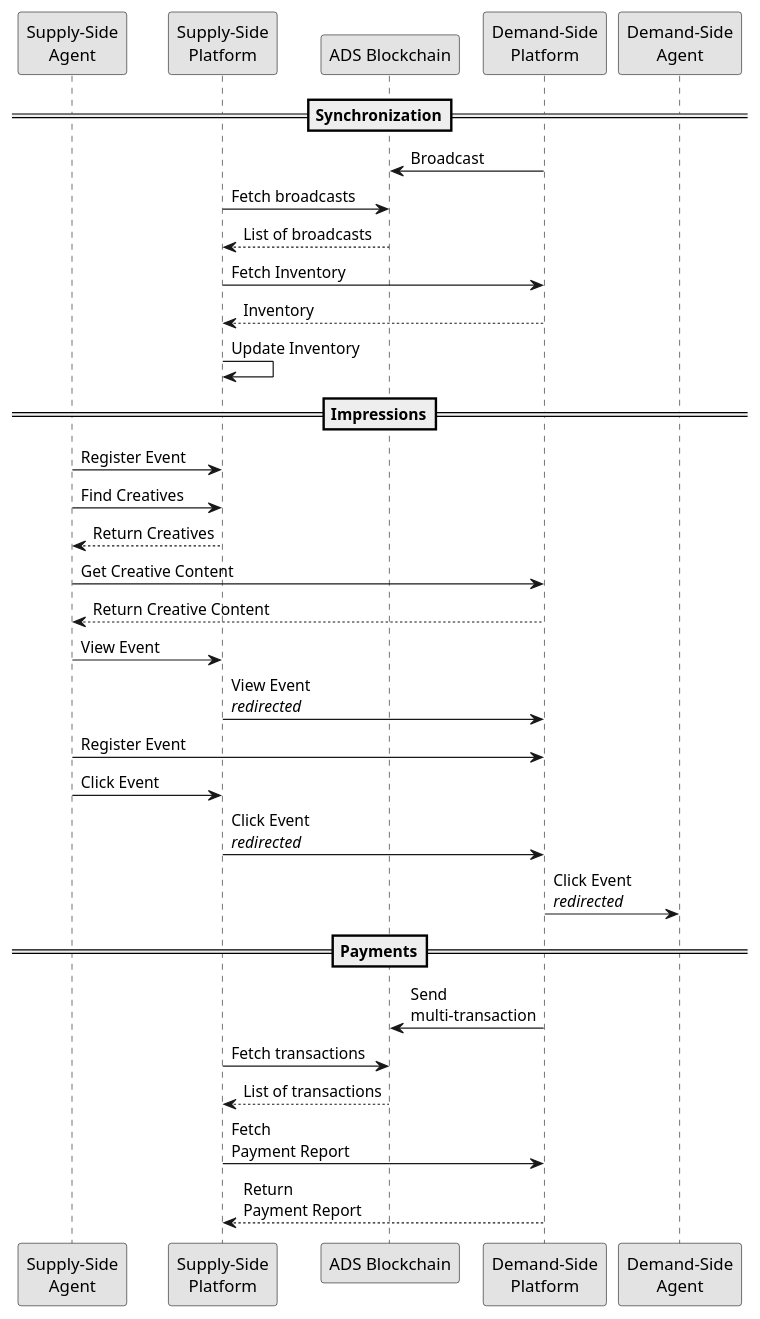
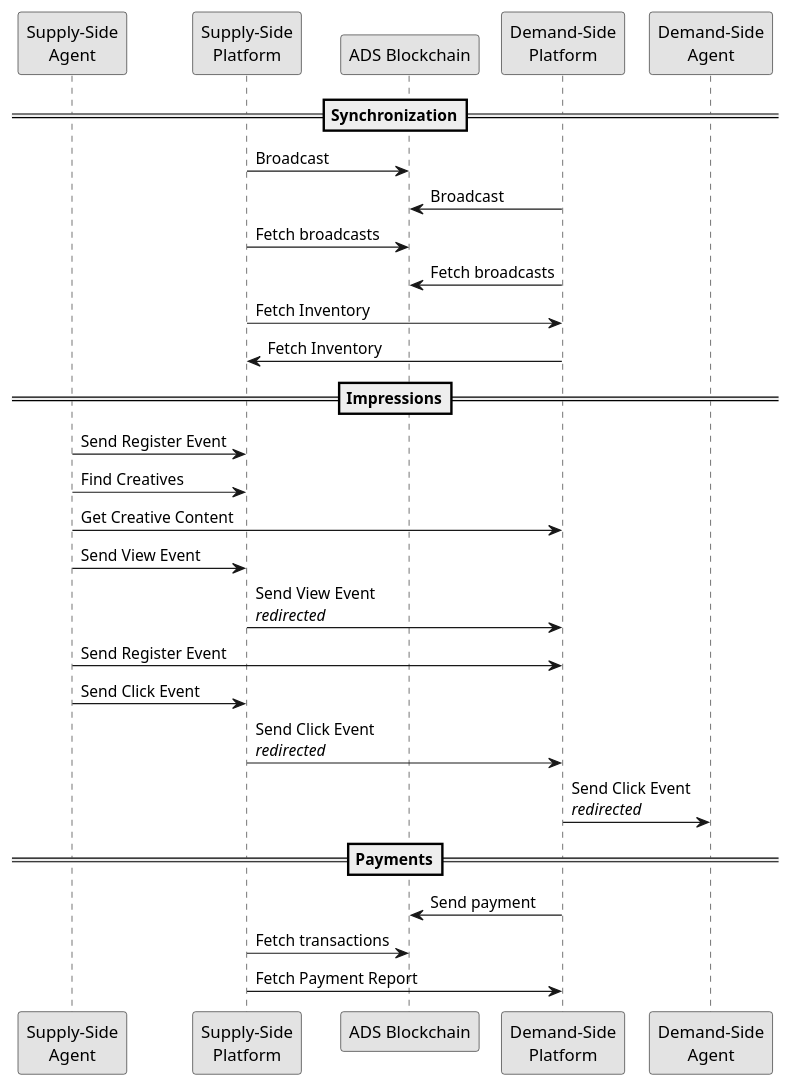
The diagram in protocol/index.rst (adshares/adshares-docs), drawn with PlantUML before and after one commit. The commit also changed other lines of this file and 26 other files, not shown here.

```diff
--- a/protocol/index.rst
+++ b/protocol/index.rst
@@ -21,45 +15,39 @@
 .. uml::
     :align: center
 
     skinparam monochrome true
 
     participant "Supply-Side\nAgent"        as SSA
     participant "Supply-Side\nPlatform"     as SSP
     participant "ADS Blockchain"            as blockchain
     participant "Demand-Side\nPlatform"     as DSP
     participant "Demand-Side\nAgent"        as DSA
     
     ==Synchronization==
 
+    SSP -> blockchain: Broadcast
     DSP -> blockchain: Broadcast
     SSP -> blockchain: Fetch broadcasts
-    blockchain --> SSP: List of broadcasts
-    SSP -> DSP : Fetch Inventory
-    DSP --> SSP: Inventory
-    SSP -> SSP: Update Inventory
+    DSP -> blockchain: Fetch broadcasts
+    SSP -> DSP: Fetch Inventory
+    DSP -> SSP: Fetch Inventory
 
     ==Impressions==
 
-    SSA -> SSP : Register Event
+    SSA -> SSP: Send Register Event
+    SSA -> SSP: Find Creatives
+    SSA -> DSP: Get Creative Content
 
-    SSA -> SSP : Find Creatives
-    SSP --> SSA : Return Creatives
+    SSA -> SSP: Send View Event
+    SSP -> DSP: Send View Event\n//redirected//
+    SSA -> DSP: Send Register Event
 
-    SSA -> DSP : Get Creative Content
-    DSP --> SSA : Return Creative Content
-
-    SSA -> SSP: View Event
-    SSP -> DSP: View Event\n//redirected//
-    SSA -> DSP : Register Event
-
-    SSA -> SSP : Click Event
-    SSP -> DSP : Click Event\n//redirected//
-    DSP -> DSA : Click Event\n//redirected//
+    SSA -> SSP: Send Click Event
+    SSP -> DSP: Send Click Event\n//redirected//
+    DSP -> DSA: Send Click Event\n//redirected//
 
     ==Payments==
 
-    DSP -> blockchain: Send\nmulti-transaction
+    DSP -> blockchain: Send payment
     SSP -> blockchain: Fetch transactions
-    blockchain --> SSP: List of transactions
-    SSP -> DSP: Fetch\nPayment Report
-    DSP --> SSP: Return\nPayment Report
+    SSP -> DSP: Fetch Payment Report
```
